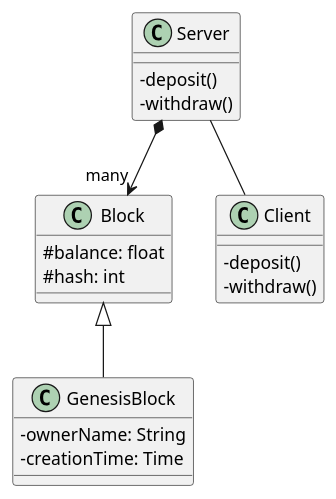
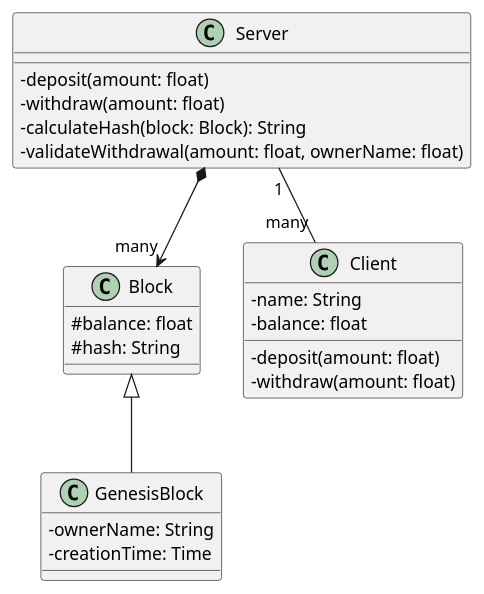
The diagram in uml/class_diagram.puml (Andre-Grassi/mini_blockchain), drawn with PlantUML before and after one commit.

Commit message:
Improve class diagram

```diff
--- a/uml/class_diagram.puml
+++ b/uml/class_diagram.puml
@@ -1,29 +1,37 @@
-@startuml
+@startuml blockchain_classes
 skinparam classAttributeIconSize 0
 
 class Block {
   #balance: float
-  #hash: int
+  #hash: String
 }
 
 class GenesisBlock {
   -ownerName: String
   -creationTime: Time
 }
 
 Block <|-- GenesisBlock
 
 
 class Client {
-  -deposit()
-  -withdraw()
+  -name: String
+  -balance: float
+  -deposit(amount: float)
+  -withdraw(amount: float)
 }
 
 class Server {
-  -deposit()
-  -withdraw()
+  -deposit(amount: float)
+  -withdraw(amount: float)
+  -calculateHash(block: Block): String
+' A validação só é feita pelo servidor
+  -validateWithdrawal(amount: float, ownerName: float)
 }
 
+' BlockChain
 Server *--> "many" Block
-Server -- Client
+
+' O Server tem um atributo que mapeia por string os clientes map(String) = Cliente
+Server "1"--"many" Client 
 @enduml
```
